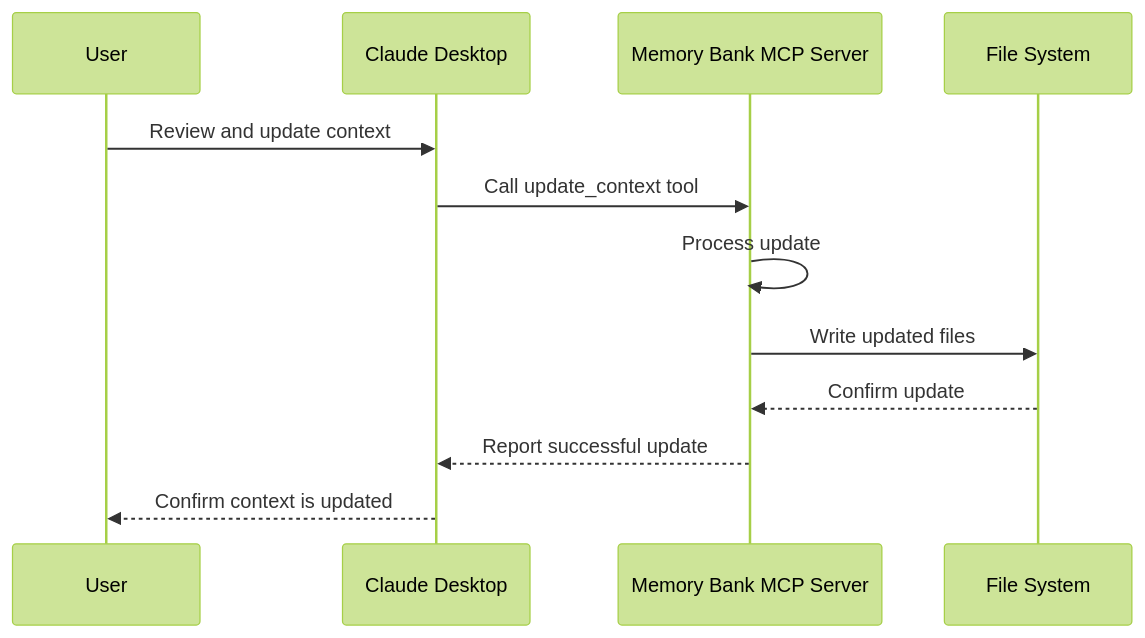
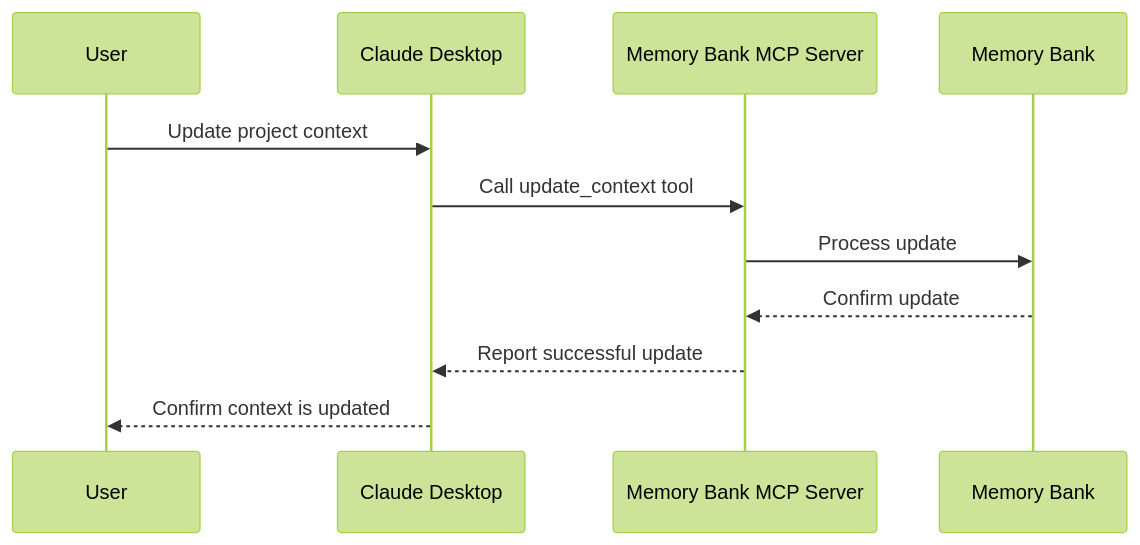
One commit to philippe-guerit/claude-desktop-memory-bank changed the ninth of 9 diagrams in doc/mcp-design.md. Above: the diagram before and after it, drawn with Mermaid (forest theme). The commit also changed other lines of this file and 3 other files, not shown here.

Commit message:
improve design to support project based memory bank

````diff
--- a/doc/mcp-design.md
+++ b/doc/mcp-design.md
@@ -158,15 +264,14 @@
 ```mermaid
 sequenceDiagram
     participant User
     participant CD as Claude Desktop
     participant MCP as Memory Bank MCP Server
-    participant FS as File System
+    participant MB as Memory Bank
     
-    User->>CD: Review and update context
+    User->>CD: Update project context
     CD->>MCP: Call update_context tool
-    MCP->>MCP: Process update
-    MCP->>FS: Write updated files
-    FS-->>MCP: Confirm update
+    MCP->>MB: Process update
+    MB-->>MCP: Confirm update
     MCP-->>CD: Report successful update
     CD-->>User: Confirm context is updated
 ```
````
